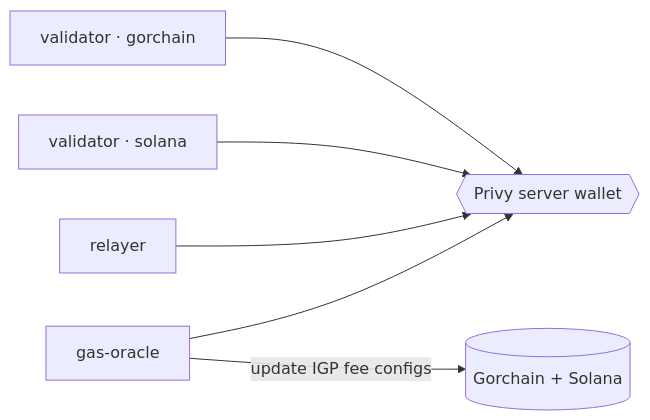
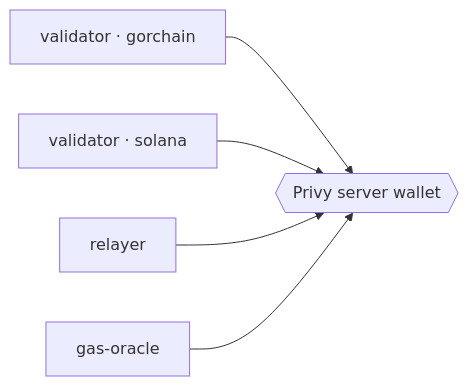
Before and after one commit to gorbagana-dev/hyperlane-stacks: the second of 4 diagrams in README.md, drawn with Mermaid. The commit also changed other lines of this file, not shown here.

First line of the commit message:
docs: make signing diagram a clean fan-in to Privy

````diff
--- a/README.md
+++ b/README.md
@@ -128,8 +129,7 @@
 ```mermaid
 flowchart LR
     vg["validator · gorchain"] --> privy{{"Privy server wallet"}}
     vs["validator · solana"] --> privy
     rel["relayer"] --> privy
     go["gas-oracle"] --> privy
-    go -->|update IGP fee configs| chains[("Gorchain + Solana")]
 ```
````
